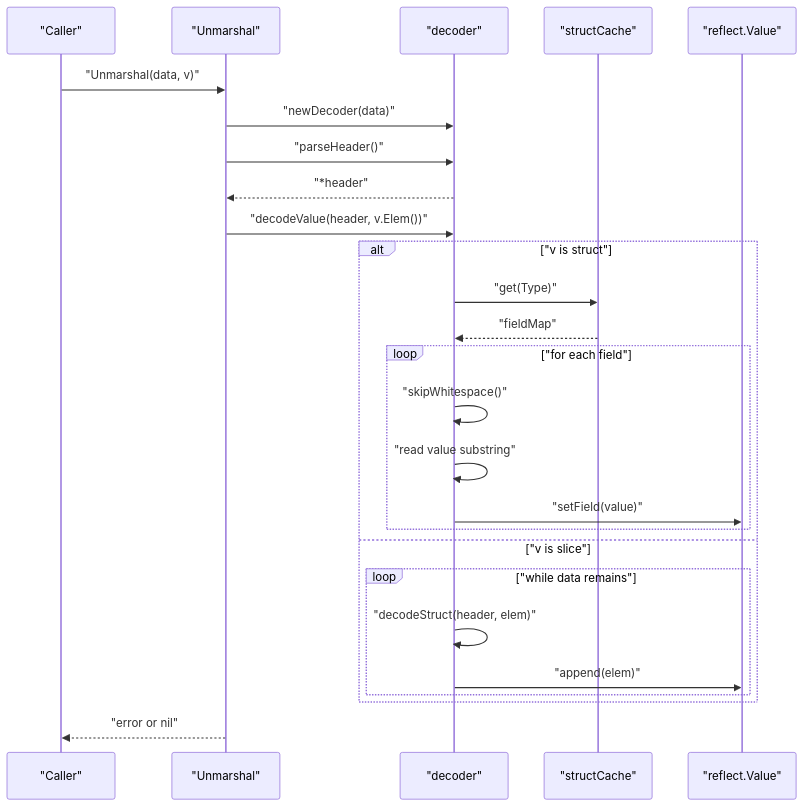
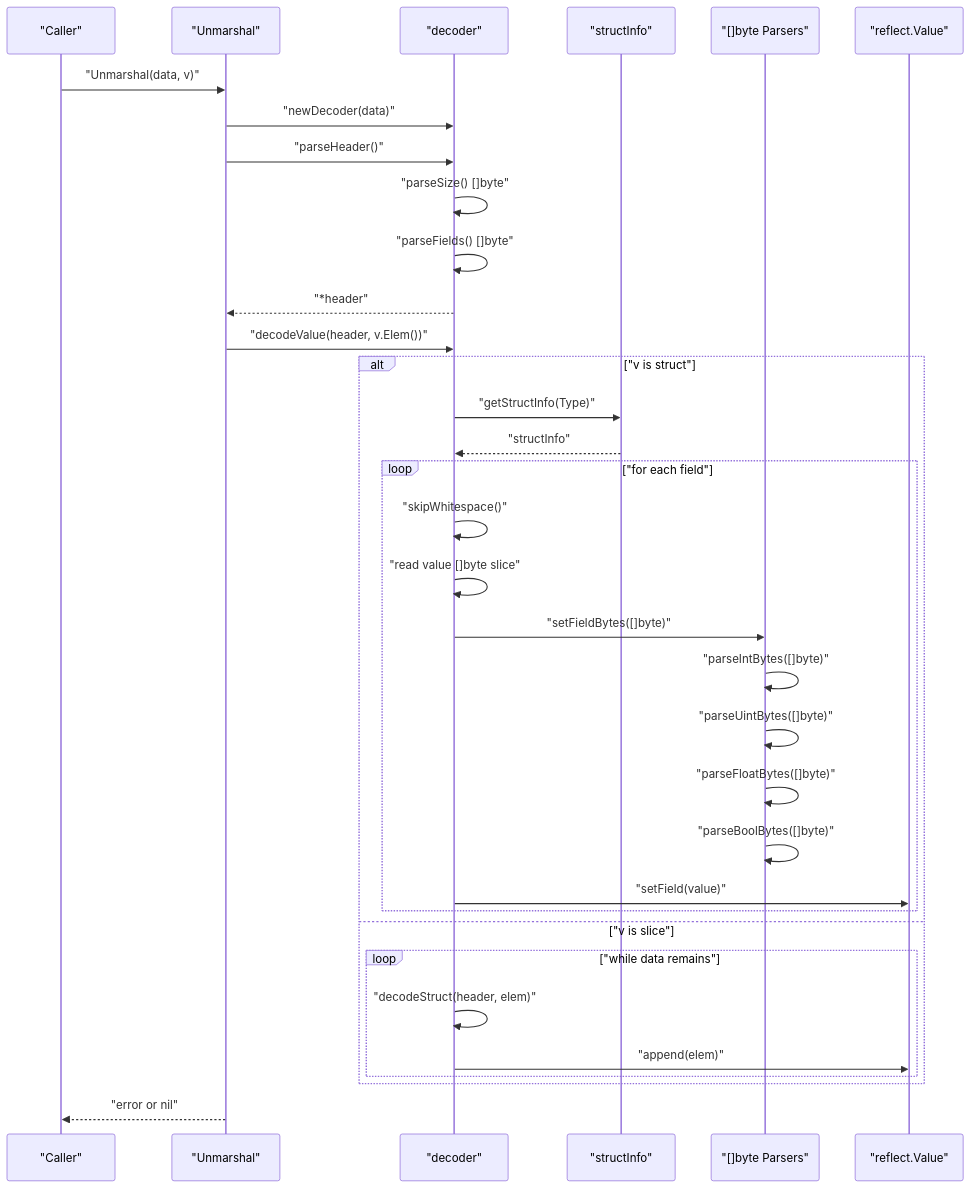
Before and after one commit to OTumanov/go-toon: the second of 4 diagrams in .qoder/repowiki/en/content/Performance and Optimization.md, drawn with Mermaid. The commit also changed other lines of this file and 6 other files, not shown here.

````diff
--- a/.qoder/repowiki/en/content/Performance and Optimization.md
+++ b/.qoder/repowiki/en/content/Performance and Optimization.md
@@ -80,28 +119,36 @@
 ```mermaid
 sequenceDiagram
 participant Caller as "Caller"
 participant API as "Unmarshal"
 participant Dec as "decoder"
-participant Cache as "structCache"
+participant Cache as "structInfo"
+participant Parsers as "[]byte Parsers"
 participant RT as "reflect.Value"
 Caller->>API : "Unmarshal(data, v)"
 API->>Dec : "newDecoder(data)"
 API->>Dec : "parseHeader()"
+Dec->>Dec : "parseSize() []byte"
+Dec->>Dec : "parseFields() []byte"
 Dec-->>API : "*header"
 API->>Dec : "decodeValue(header, v.Elem())"
 alt "v is struct"
-Dec->>Cache : "get(Type)"
-Cache-->>Dec : "fieldMap"
+Dec->>Cache : "getStructInfo(Type)"
+Cache-->>Dec : "structInfo"
 loop "for each field"
 Dec->>Dec : "skipWhitespace()"
-Dec->>Dec : "read value substring"
+Dec->>Dec : "read value []byte slice"
+Dec->>Parsers : "setFieldBytes([]byte)"
+Parsers->>Parsers : "parseIntBytes([]byte)"
+Parsers->>Parsers : "parseUintBytes([]byte)"
+Parsers->>Parsers : "parseFloatBytes([]byte)"
+Parsers->>Parsers : "parseBoolBytes([]byte)"
 Dec->>RT : "setField(value)"
 end
 else "v is slice"
 loop "while data remains"
 Dec->>Dec : "decodeStruct(header, elem)"
 Dec->>RT : "append(elem)"
 end
 end
 API-->>Caller : "error or nil"
 ```
````
